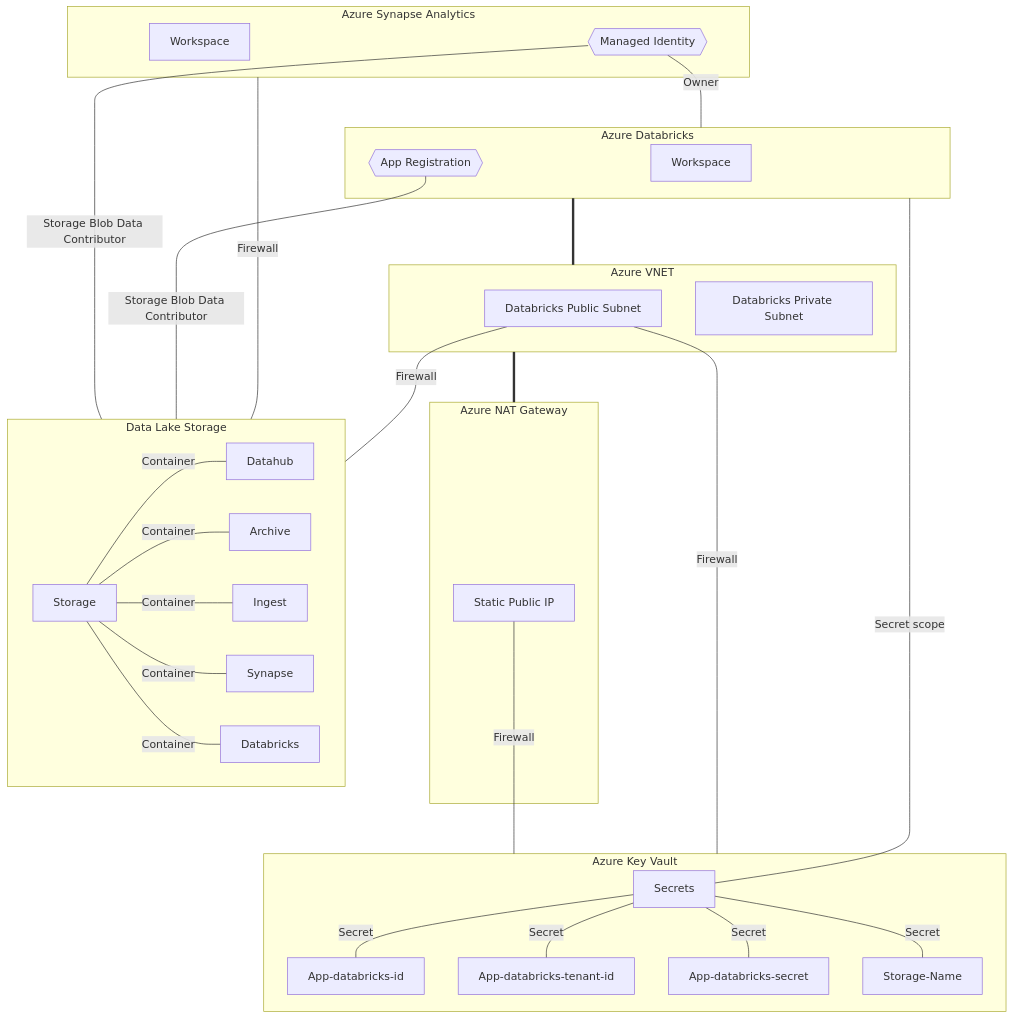
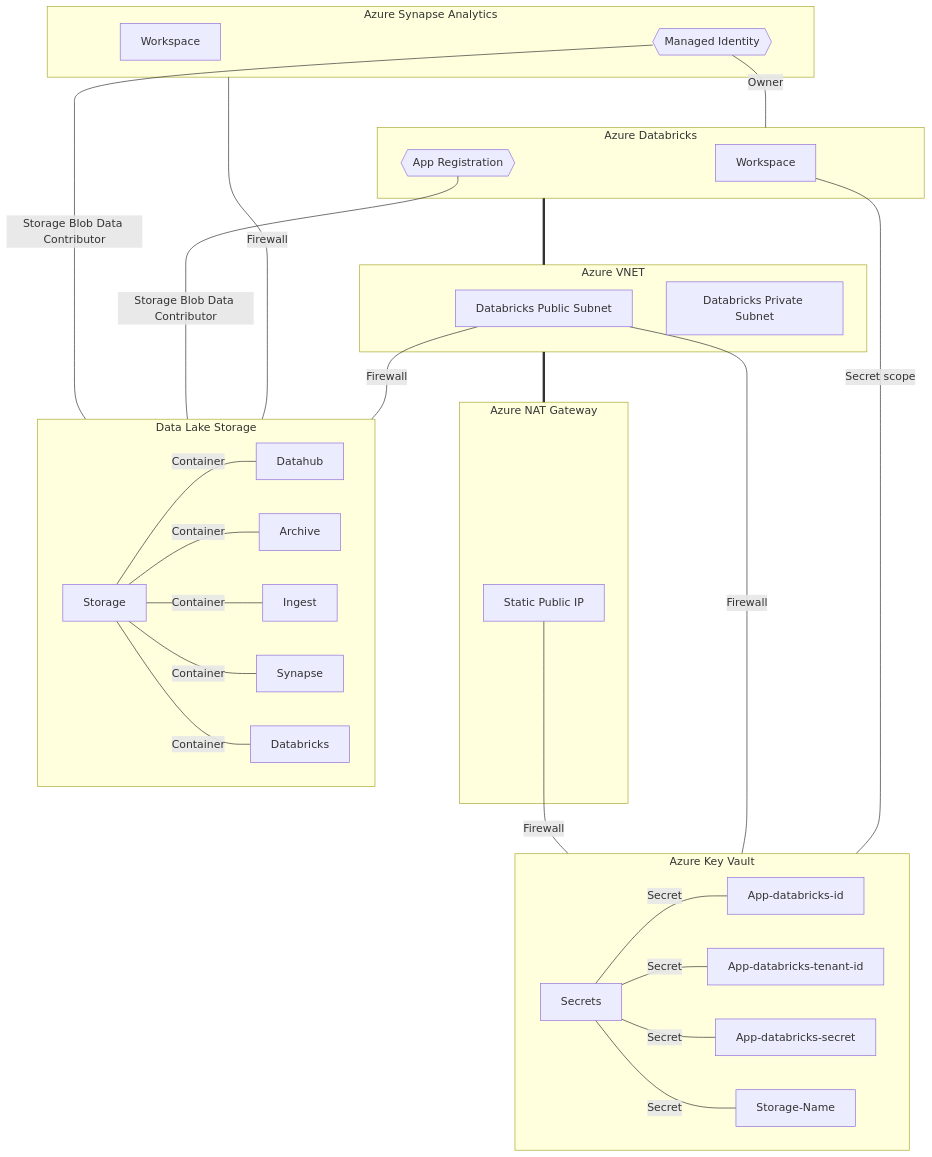
The diagram in AzureDeployment/modern-data-platform/README.md (Qivada/ADA), drawn with Mermaid before and after one commit.

```diff
--- a/AzureDeployment/modern-data-platform/README.md
+++ b/AzureDeployment/modern-data-platform/README.md
@@ -6,53 +6,53 @@
 ~~~mermaid
 graph TB
     subgraph VNET[Azure VNET]
         SNET_PUBLIC[Databricks Public Subnet]
         SNET_PRIVATE[Databricks Private Subnet]
     end
     
     subgraph NAT[Azure NAT Gateway]
         NAT_PUBLIC_IP[Static Public IP]
     end
     
     subgraph SYNAPSE_ANALYTICS[Azure Synapse Analytics]
       SYNAPSE_WORKSPACE[Workspace]
       SYNAPSE_WORKSPACE_MANAGED_IDENTITY{{Managed Identity}}
     end
     
     subgraph DATA_LAKE[Data Lake Storage]
       DATA_LAKE_STORAGE[Storage]
       DATA_LAKE_STORAGE ---|Container| DATA_LAKE_STORAGE_CONTAINER_DATAHUB[Datahub]
       DATA_LAKE_STORAGE ---|Container| DATA_LAKE_STORAGE_CONTAINER_ARCHIVE[Archive]
       DATA_LAKE_STORAGE ---|Container| DATA_LAKE_STORAGE_CONTAINER_INGEST[Ingest]
       DATA_LAKE_STORAGE ---|Container| DATA_LAKE_STORAGE_CONTAINER_SYNAPSE[Synapse]
       DATA_LAKE_STORAGE ---|Container| DATA_LAKE_STORAGE_CONTAINER_DATABRICKS[Databricks]
     end
     
     VNET === NAT
     
     subgraph DATABRICKS[Azure Databricks]
         DATABRICKS_WORKSPACE[Workspace]
         DATABRICKS_APP_REGISTRATION{{App Registration}}
     end
     
     subgraph KEY_VAULT[Azure Key Vault]
         KEY_VAULT_SECRETS[Secrets]
         KEY_VAULT_SECRETS ---|Secret| KEY_VAULT_SECRET_001[App-databricks-id]
         KEY_VAULT_SECRETS ---|Secret| KEY_VAULT_SECRET_002[App-databricks-tenant-id]
         KEY_VAULT_SECRETS ---|Secret| KEY_VAULT_SECRET_003[App-databricks-secret]
         KEY_VAULT_SECRETS ---|Secret| KEY_VAULT_SECRET_004[Storage-Name]
     end
     
     DATABRICKS === VNET
     
     SYNAPSE_WORKSPACE_MANAGED_IDENTITY ---|Storage Blob Data Contributor|DATA_LAKE
     SYNAPSE_WORKSPACE_MANAGED_IDENTITY ---|Owner|DATABRICKS
     DATABRICKS_APP_REGISTRATION ---|Storage Blob Data Contributor|DATA_LAKE
     
     NAT_PUBLIC_IP ---|Firewall|KEY_VAULT    
     SYNAPSE_ANALYTICS ---|Firewall|DATA_LAKE
     SNET_PUBLIC ---|Firewall|DATA_LAKE
     SNET_PUBLIC ---|Firewall|KEY_VAULT
     
-    DATABRICKS ---|Secret scope|KEY_VAULT_SECRETS
+    DATABRICKS_WORKSPACE ---|Secret scope|KEY_VAULT
 ~~~
```
